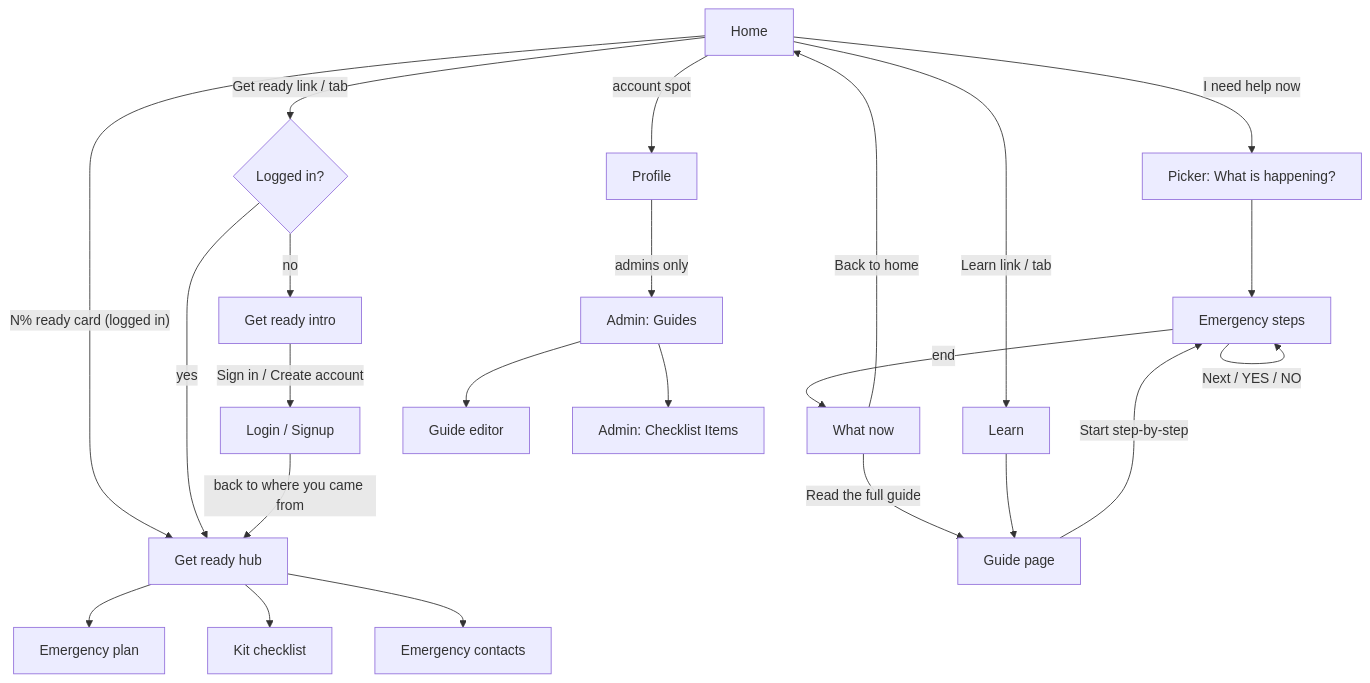
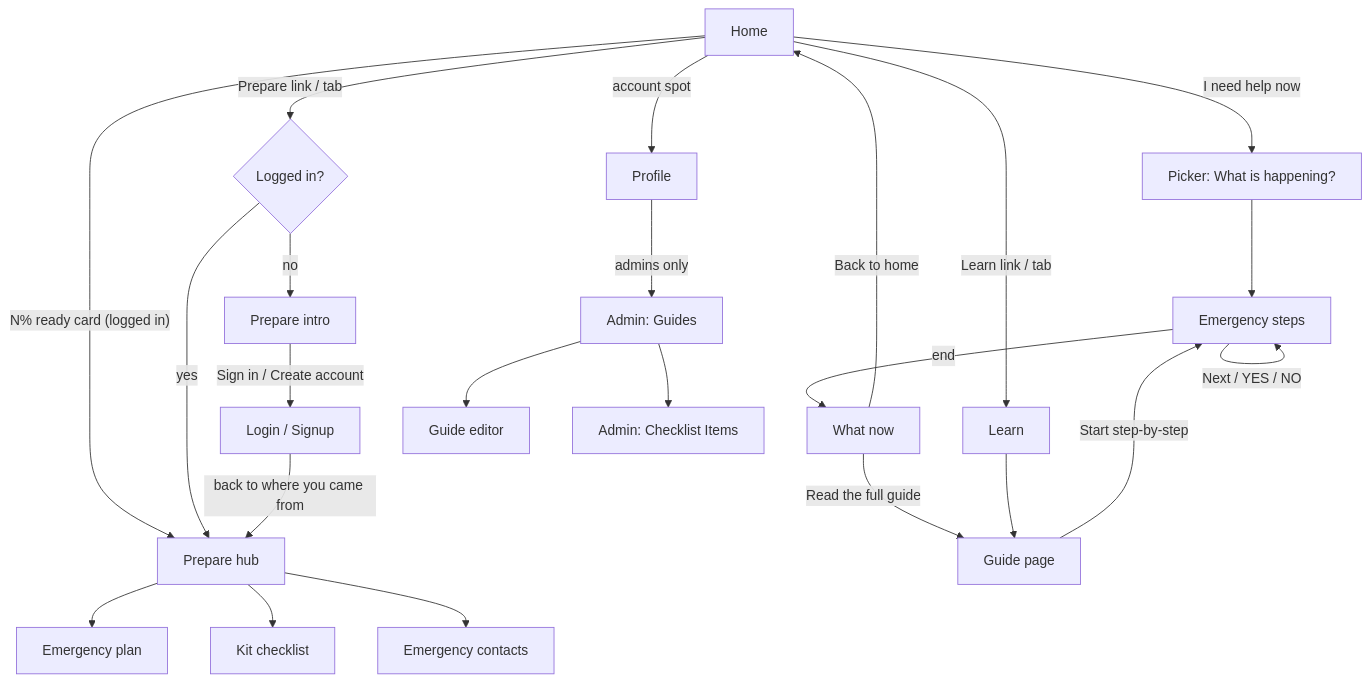
Before and after one commit to AyshaMir/safesteps-webapp: the diagram in docs/SCREENS.md, drawn with Mermaid. The commit also changed other lines of this file and 2 other files, not shown here.

Commit message:
rename Get ready to Prepare in the UI, move checklist admin to Person 3 (Ibad)

````diff
--- a/docs/SCREENS.md
+++ b/docs/SCREENS.md
@@ -34,25 +34,25 @@
 ```mermaid
 flowchart TD
   Home["Home"] -->|I need help now| Picker["Picker: What is happening?"]
   Home -->|Learn link / tab| Learn
-  Home -->|Get ready link / tab| GR{"Logged in?"}
+  Home -->|Prepare link / tab| GR{"Logged in?"}
   Home -->|"N% ready card (logged in)"| Hub
   Picker --> Step["Emergency steps"]
   Step -->|"Next / YES / NO"| Step
   Step -->|end| WhatNow["What now"]
   WhatNow -->|Read the full guide| Guide
   WhatNow -->|Back to home| Home
   Learn --> Guide["Guide page"]
   Guide -->|Start step-by-step| Step
-  GR -->|no| Intro["Get ready intro"]
-  GR -->|yes| Hub["Get ready hub"]
+  GR -->|no| Intro["Prepare intro"]
+  GR -->|yes| Hub["Prepare hub"]
   Intro -->|Sign in / Create account| Login["Login / Signup"]
   Login -->|back to where you came from| Hub
   Hub --> Plan["Emergency plan"]
   Hub --> Checklist["Kit checklist"]
   Hub --> Contacts["Emergency contacts"]
   Home -->|account spot| Profile
   Profile -->|admins only| Admin["Admin: Guides"]
   Admin --> Editor["Guide editor"]
   Admin --> CItems["Admin: Checklist Items"]
 ```
````
